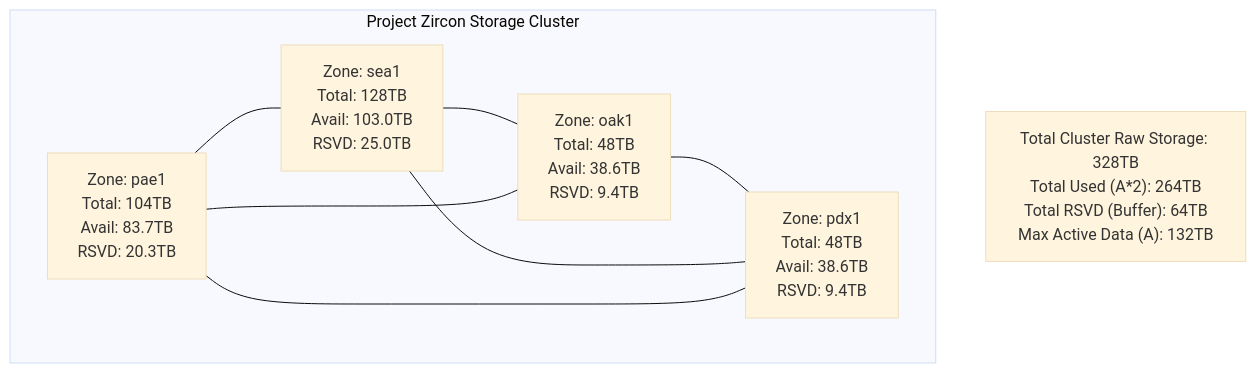
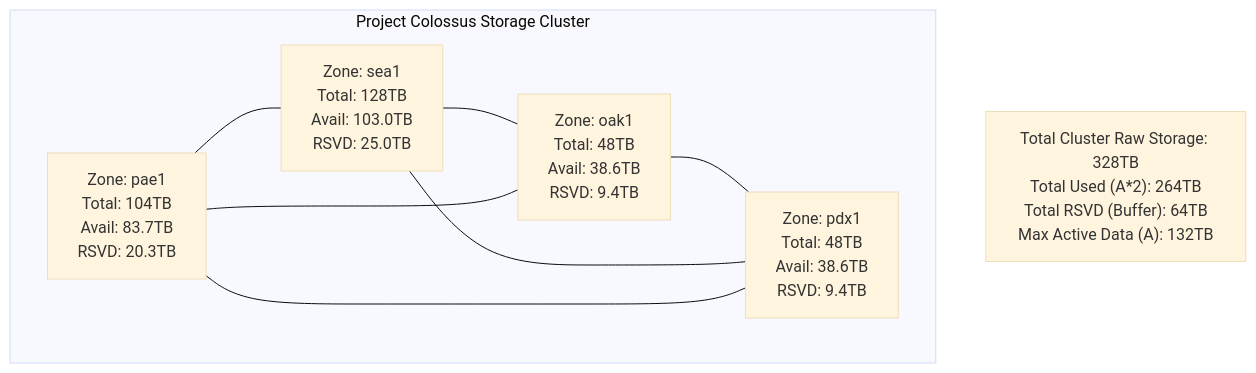
The first of 6 diagrams in README.md (dastron/storage-cluster), drawn with Mermaid (base theme) before and after one commit. The commit also changed other lines of this file, not shown here.

````diff
--- a/README.md
+++ b/README.md
@@ -62,19 +113,19 @@
 ```mermaid
 graph TD
-    subgraph "Project Zircon Storage Cluster"
+    subgraph "Project Colossus Storage Cluster"
         direction LR
         PAE1["Zone: pae1<br>Total: 104TB<br>Avail: 83.7TB<br>RSVD: 20.3TB"]
         SEA1["Zone: sea1<br>Total: 128TB<br>Avail: 103.0TB<br>RSVD: 25.0TB"]
         OAK1["Zone: oak1<br>Total: 48TB<br>Avail: 38.6TB<br>RSVD: 9.4TB"]
         PDX1["Zone: pdx1<br>Total: 48TB<br>Avail: 38.6TB<br>RSVD: 9.4TB"]
     end
     
     PAE1 --- SEA1
     SEA1 --- OAK1
     OAK1 --- PDX1
     PDX1 --- PAE1
     PAE1 --- OAK1
     SEA1 --- PDX1
 
     ClusterTotal["Total Cluster Raw Storage: 328TB<br>Total Used (A*2): 264TB<br>Total RSVD (Buffer): 64TB<br>Max Active Data (A): 132TB"]
 ```
````
